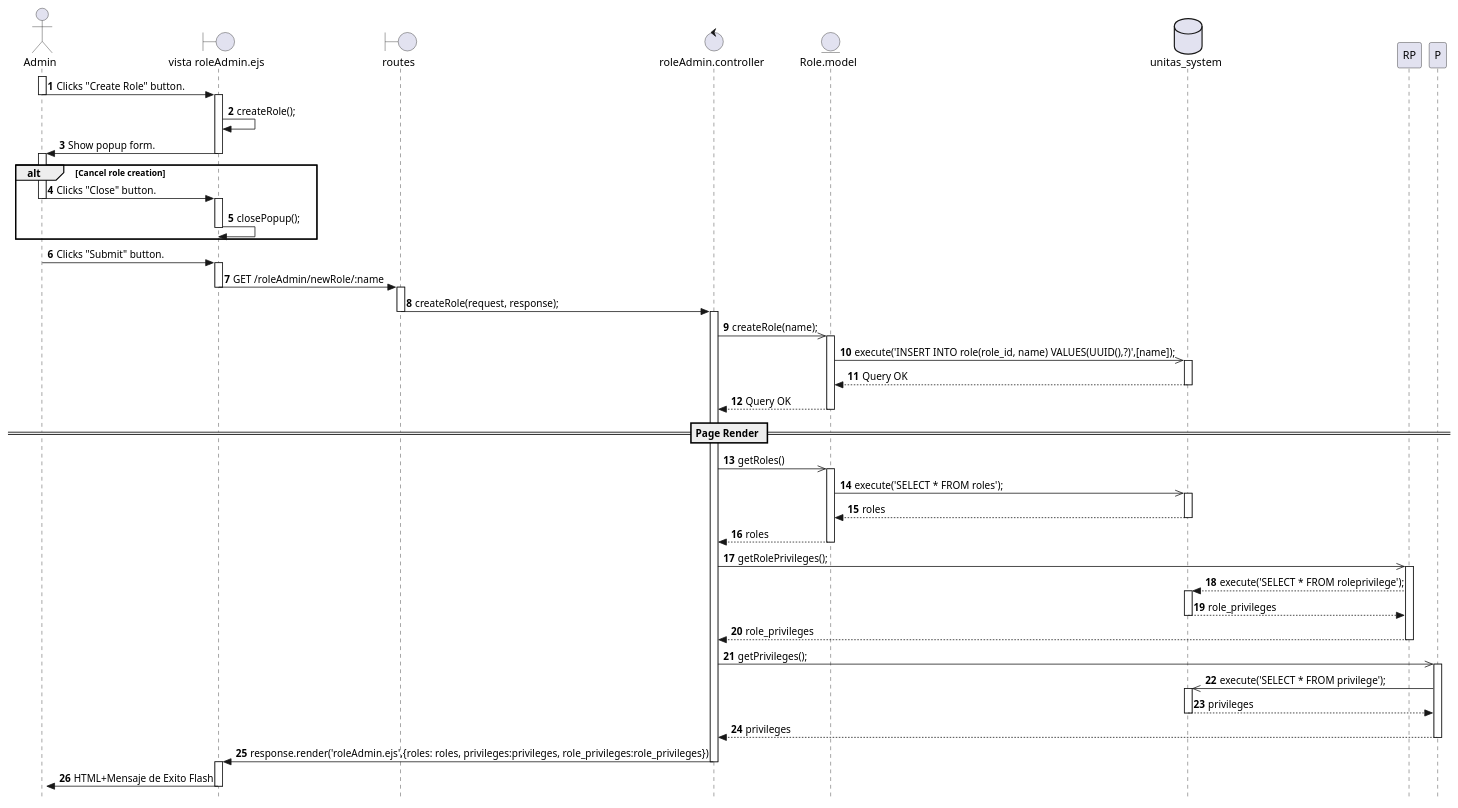
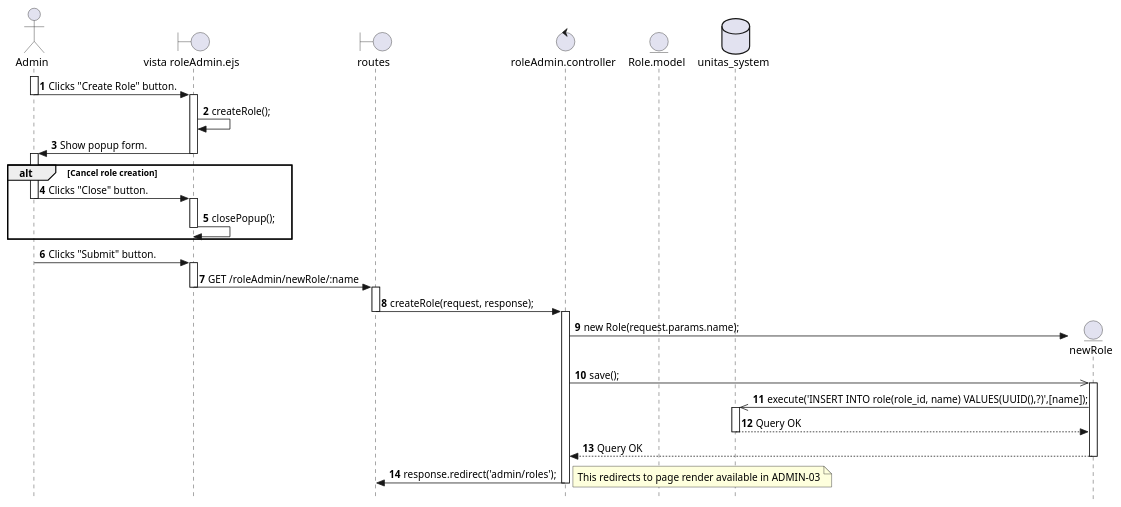
Before and after one commit to Berthou05/LimboSoftwareDevelopment_Change.org: the diagram in documentation/sequence_diagrams/ADMIN-02-SD.puml, drawn with PlantUML. The commit also changed 3 other files, not shown here.

Commit message:
[FEAT]: Addition of Role creation (ADMIN-02). Role model modification. ADMIN-02-SD edition.

```diff
--- a/documentation/sequence_diagrams/ADMIN-02-SD.puml
+++ b/documentation/sequence_diagrams/ADMIN-02-SD.puml
@@ -1,79 +1,55 @@
 @startuml
 skinparam style strictuml
 
 actor Admin as A   
 boundary "vista roleAdmin.ejs" as V
 boundary "routes" as RO
 control "roleAdmin.controller" as C
 entity "Role.model" as R
 database "unitas_system" as BD
 autonumber
 
 activate A
 A -> V: Clicks "Create Role" button.
 deactivate A
     activate V
     V->V:createRole();
     V -> A: Show popup form.
     deactivate V
 
 alt Cancel role creation
 activate A
 A->V: Clicks "Close" button.
 deactivate A
     activate V
     V->V:closePopup();
     deactivate V
 end
 
 activate A
 A->V: Clicks "Submit" button.
 deactivate A
     activate V
     V->RO: GET /roleAdmin/newRole/:name
     deactivate V
         activate RO
         RO -> C: createRole(request, response);
         deactivate RO
             activate C
-            C->>R: createRole(name);
-                activate R
-                R->>BD: execute('INSERT INTO role(role_id, name) VALUES(UUID(),?)',[name]);
+            create entity newRole as Role
+            C->Role**:new Role(request.params.name);
+            C->>Role: save();
+                activate Role
+                Role->>BD: execute('INSERT INTO role(role_id, name) VALUES(UUID(),?)',[name]);
                     activate BD
-                    BD-->R: Query OK
+                    BD-->Role: Query OK
                     deactivate BD
-                R-->C: Query OK
-                deactivate R
-            == Page Render ==
-                C ->> R:getRoles()
-                    activate R
-                    R->>BD:execute('SELECT * FROM roles');
-                        activate BD
-                        BD-->R:roles
-                        deactivate BD
-                    R-->C:roles
-                    deactivate R
-                C->>RP:getRolePrivileges();
-                    activate RP
-                    RP-->BD:execute('SELECT * FROM roleprivilege');
-                        activate BD
-                        BD-->RP:role_privileges
-                        deactivate BD
-                    RP-->C:role_privileges
-                    deactivate RP
-                C->>P:getPrivileges();
-                    activate P
-                    P->>BD:execute('SELECT * FROM privilege');
-                        activate BD
-                        BD-->P:privileges
-                        deactivate BD
-                    P-->C:privileges
-                    deactivate P
-                C->V: response.render('roleAdmin.ejs',{roles: roles, privileges:privileges, role_privileges:role_privileges})
-                deactivate C
-            activate V
-            V->A:HTML+Mensaje de Exito Flash
-            deactivate V
-activate A
-                
+                Role-->C: Query OK
+                deactivate Role
+            C->RO:response.redirect('admin/roles');
+            deactivate C
+            note right
+            This redirects to page render available in ADMIN-03
+            end note
+            
 @enduml
```
